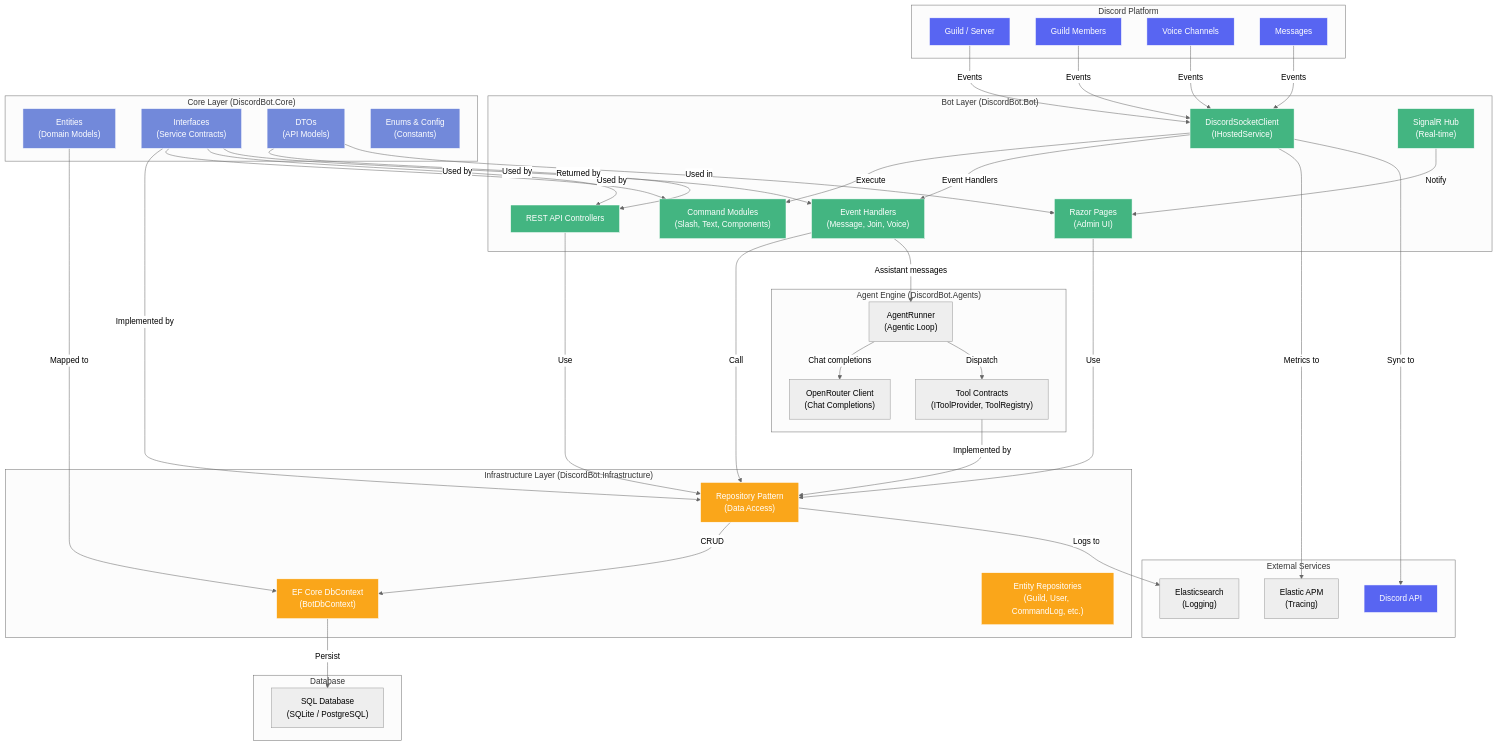
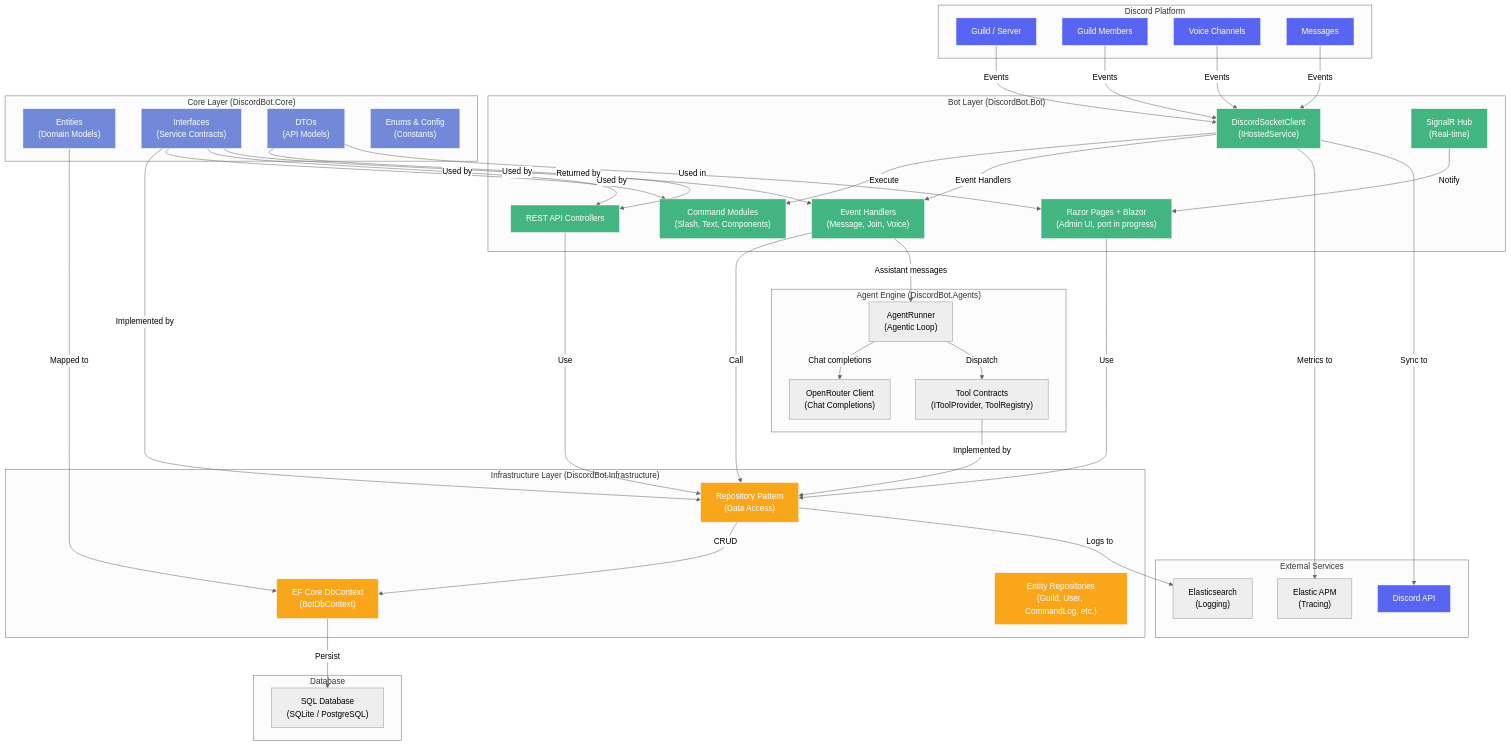
One commit to cpike5/discordbot changed the diagram in docs/architecture/system-overview.md. Above: the diagram before and after it, drawn with Mermaid (neutral theme). The commit also changed other lines of this file and 4 other files, not shown here.

First line of the commit message:
docs: bring the orientation docs in line with the Blazor port state

```diff
--- a/docs/architecture/system-overview.md
+++ b/docs/architecture/system-overview.md
@@ -24,7 +24,7 @@
         DC["DiscordSocketClient<br/>(IHostedService)"]
         CMD["Command Modules<br/>(Slash, Text, Components)"]
         API["REST API Controllers"]
-        PAGES["Razor Pages<br/>(Admin UI)"]
+        PAGES["Razor Pages + Blazor<br/>(Admin UI, port in progress)"]
         HUB["SignalR Hub<br/>(Real-time)"]
         HANDLERS["Event Handlers<br/>(Message, Join, Voice)"]
     end
```
